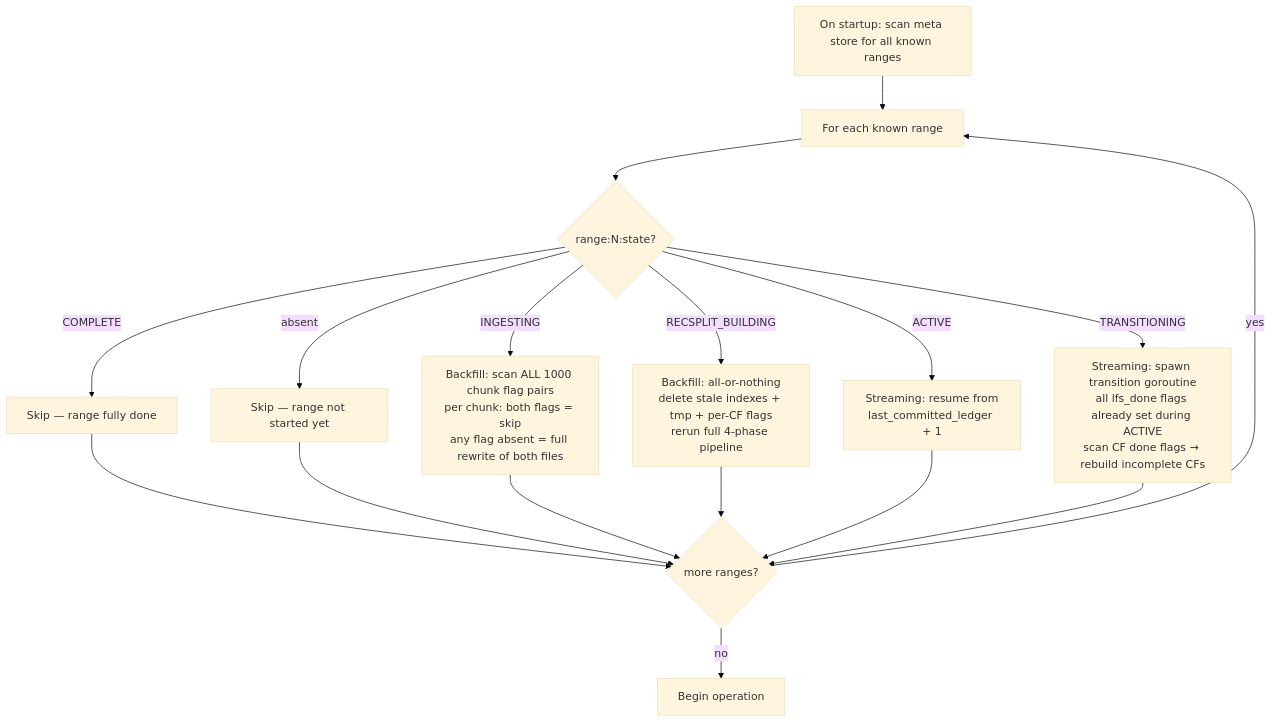
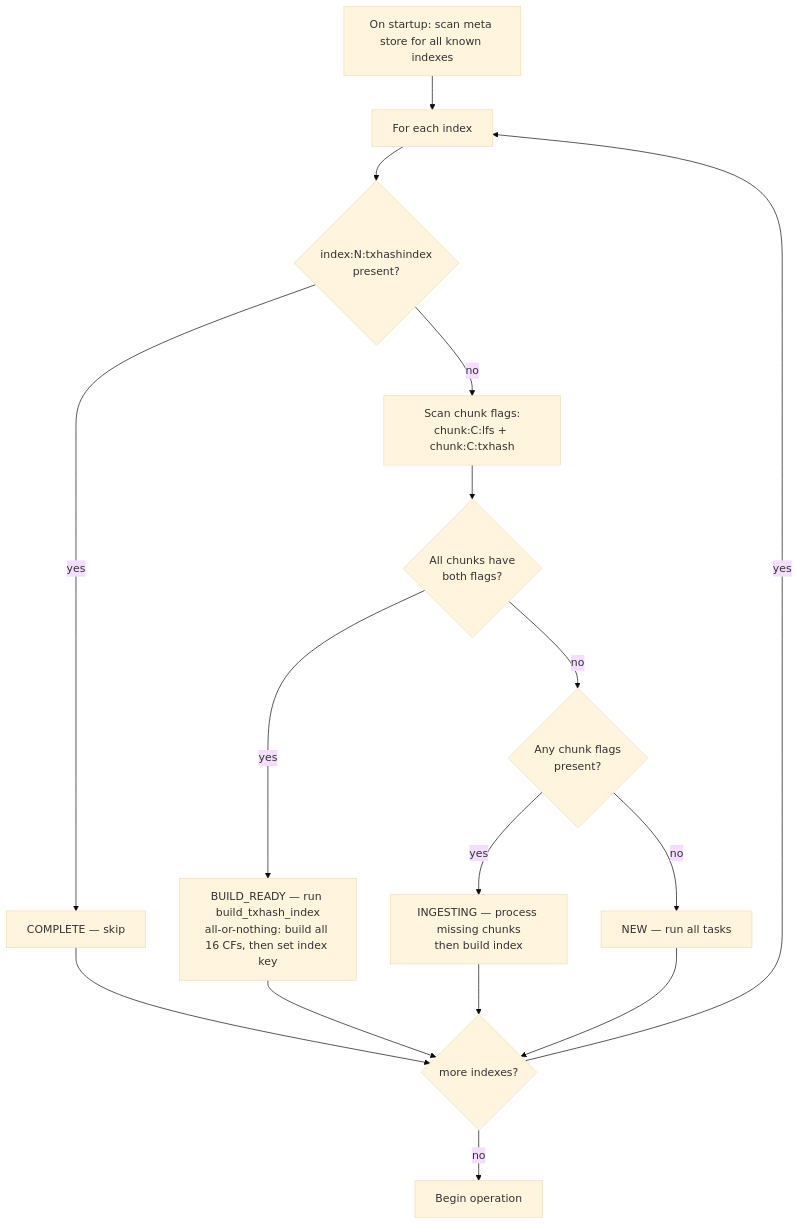
One commit to stellar/stellar-rpc changed the second of 2 diagrams in full-history/design-docs/07-crash-recovery.md. Above: the diagram before and after it, drawn with Mermaid (base theme). The commit also changed other lines of this file, not shown here.

Commit message:
docs: crash recovery — align with new key schema, remove range state refs

````diff
--- a/full-history/design-docs/07-crash-recovery.md
+++ b/full-history/design-docs/07-crash-recovery.md
@@ -288,19 +278,18 @@
 ```mermaid
 flowchart TD
-    START["On startup: scan meta store for all known ranges"] --> FOREACH["For each known range"]
-    FOREACH --> RS{range:N:state?}
-    RS -->|COMPLETE| SKIP["Skip — range fully done"]
-    RS -->|absent| SKIP2["Skip — range not started yet"]
-    RS -->|INGESTING| BACKFILL_RESUME["Backfill: scan ALL 1000 chunk flag pairs<br/>per chunk: both flags = skip<br/>any flag absent = full rewrite of both files"]
-    RS -->|RECSPLIT_BUILDING| RECSPLIT_RESUME["Backfill: all-or-nothing<br/>delete stale indexes + tmp + per-CF flags<br/>rerun full 4-phase pipeline"]
-    RS -->|ACTIVE| STREAMING_RESUME["Streaming: resume from<br/>last_committed_ledger + 1"]
-    RS -->|TRANSITIONING| TRANS_RESUME["Streaming: spawn transition goroutine<br/>all lfs_done flags already set during ACTIVE<br/>scan CF done flags → rebuild incomplete CFs"]
-    SKIP --> NEXT{more ranges?}
-    SKIP2 --> NEXT
-    BACKFILL_RESUME --> NEXT
-    RECSPLIT_RESUME --> NEXT
-    STREAMING_RESUME --> NEXT
-    TRANS_RESUME --> NEXT
+    START["On startup: scan meta store for all known indexes"] --> FOREACH["For each index"]
+    FOREACH --> IDX{"index:N:txhashindex<br/>present?"}
+    IDX -->|yes| COMPLETE["COMPLETE — skip"]
+    IDX -->|no| CHUNKSCAN["Scan chunk flags:<br/>chunk:C:lfs + chunk:C:txhash"]
+    CHUNKSCAN --> ALL_DONE{"All chunks have<br/>both flags?"}
+    ALL_DONE -->|yes| BUILD_READY["BUILD_READY — run build_txhash_index<br/>all-or-nothing: build all 16 CFs, then set index key"]
+    ALL_DONE -->|no| SOME{"Any chunk flags<br/>present?"}
+    SOME -->|yes| INGESTING["INGESTING — process missing chunks<br/>then build index"]
+    SOME -->|no| NEW["NEW — run all tasks"]
+    COMPLETE --> NEXT{more indexes?}
+    BUILD_READY --> NEXT
+    INGESTING --> NEXT
+    NEW --> NEXT
     NEXT -->|yes| FOREACH
     NEXT -->|no| OPERATE["Begin operation"]
 ```
````
